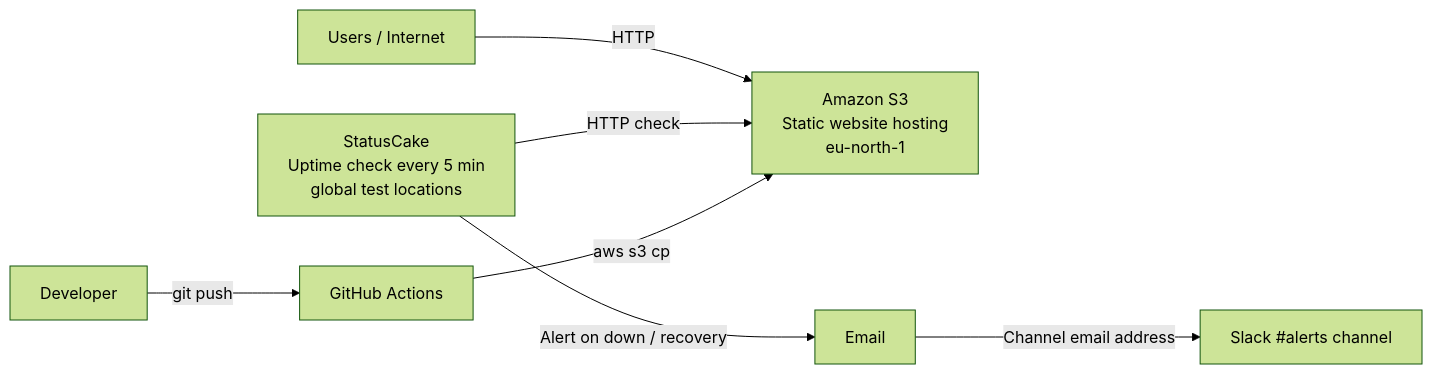
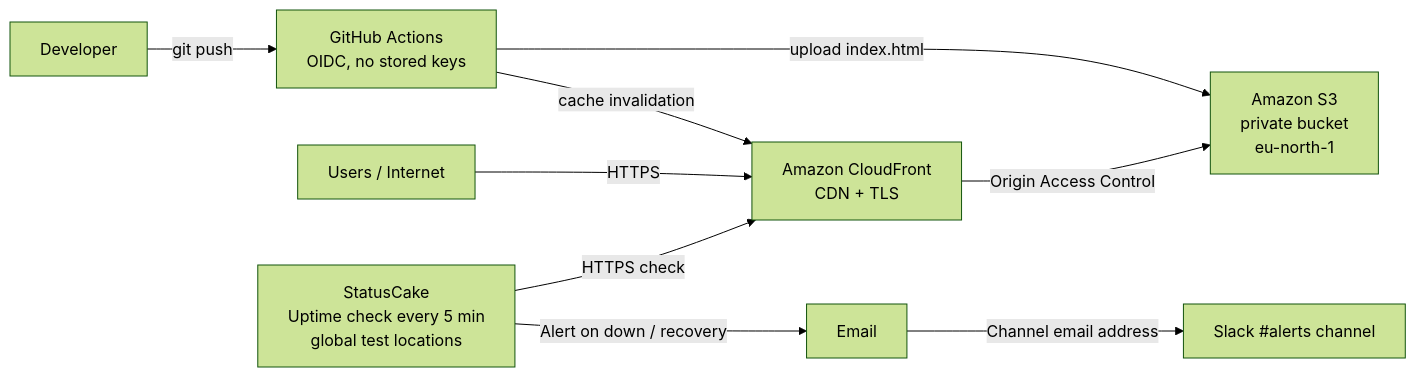
The diagram in README.md (AbdullahAlSajid/aws-s3-static-website), drawn with Mermaid (forest theme) before and after one commit. The commit also changed other lines of this file and 1 other file, not shown here.

Commit message:
updated readme and bucket policy

````diff
--- a/README.md
+++ b/README.md
@@ -9,9 +9,11 @@
 ```mermaid
 flowchart LR
-    U[Users / Internet] -->|HTTP| S3[Amazon S3<br/>Static website hosting<br/>eu-north-1]
-    SC[StatusCake<br/>Uptime check every 5 min<br/>global test locations] -->|HTTP check| S3
+    DEV[Developer] -->|git push| GH[GitHub Actions<br/>OIDC, no stored keys]
+    GH -->|upload index.html| S3[Amazon S3<br/>private bucket<br/>eu-north-1]
+    GH -->|cache invalidation| CF
+    U[Users / Internet] -->|HTTPS| CF[Amazon CloudFront<br/>CDN + TLS]
+    CF -->|Origin Access Control| S3
+    SC[StatusCake<br/>Uptime check every 5 min<br/>global test locations] -->|HTTPS check| CF
     SC -->|Alert on down / recovery| E[Email]
     E -->|Channel email address| SL[Slack #alerts channel]
-    DEV[Developer] -->|git push| GH[GitHub Actions]
-    GH -->|aws s3 cp| S3
 ```
````
